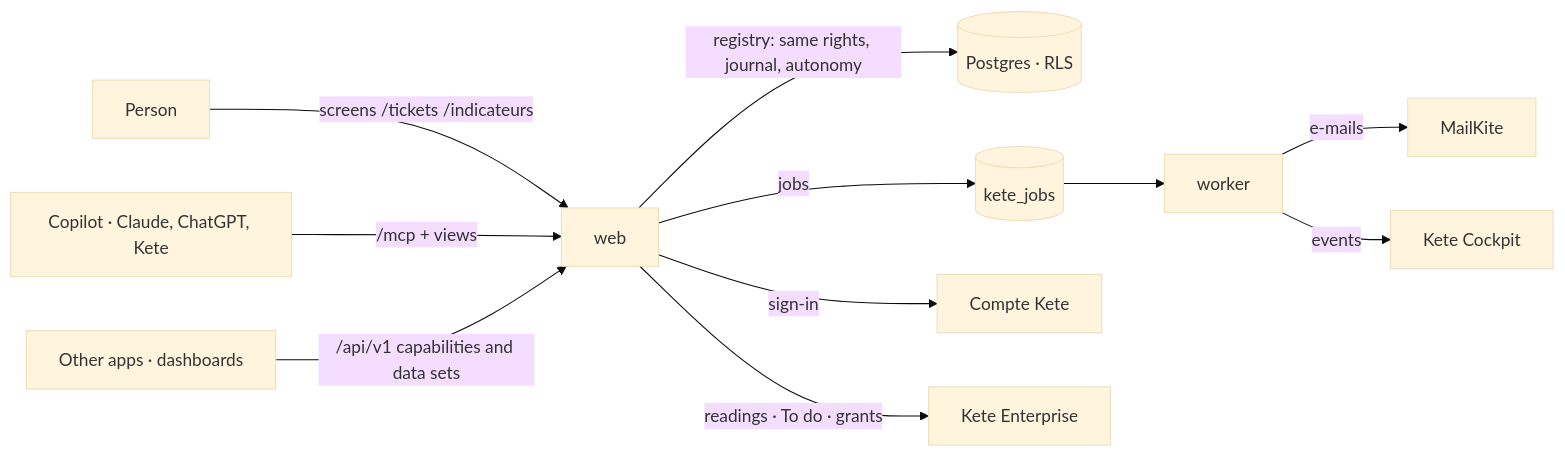
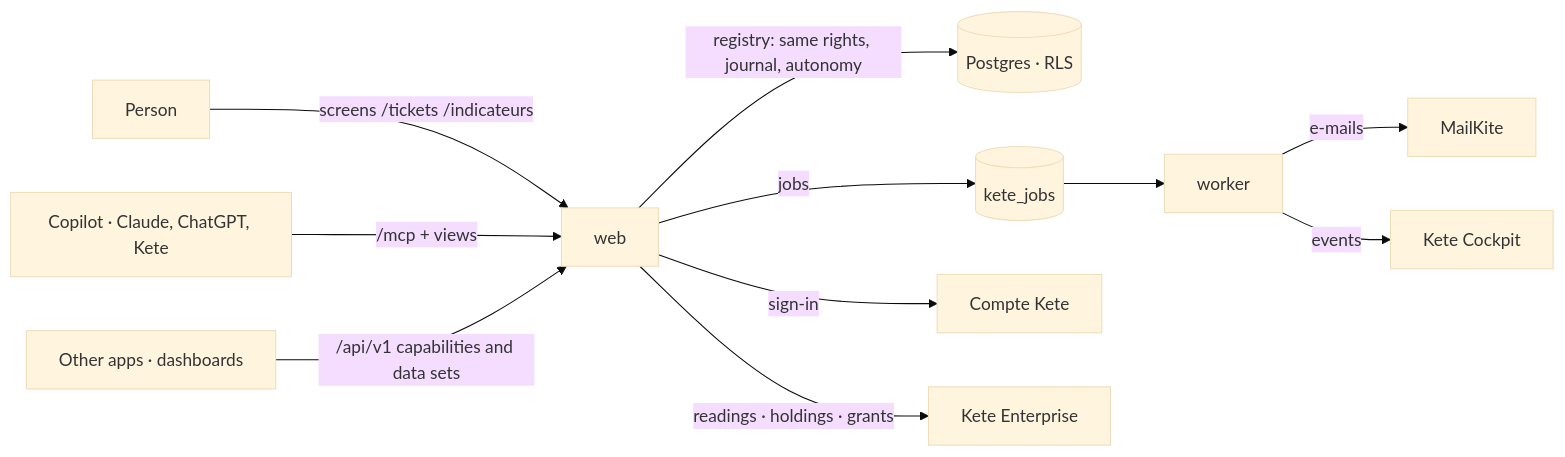
One commit to kete-africa/kete-helpdesk changed the first of 2 diagrams in README.md. Above: the diagram before and after it, drawn with Mermaid (base theme). The commit also changed 19 other files, not shown here.

````diff
--- a/README.md
+++ b/README.md
@@ -13,12 +13,12 @@
 ```mermaid
 flowchart LR
   P[Person] -->|screens /tickets /indicateurs| W[web]
   C[Copilot · Claude, ChatGPT, Kete] -->|/mcp + views| W
   W -->|registry: same rights, journal, autonomy| DB[(Postgres · RLS)]
   W -->|jobs| Q[(kete_jobs)]
   Q --> K[worker] -->|e-mails| M[MailKite]
   K -->|events| CK[Kete Cockpit]
   W -->|sign-in| A[Compte Kete]
-  W -->|readings · To do · grants| E[Kete Enterprise]
+  W -->|readings · holdings · grants| E[Kete Enterprise]
   O[Other apps · dashboards] -->|/api/v1 capabilities and data sets| W
 ```
````
